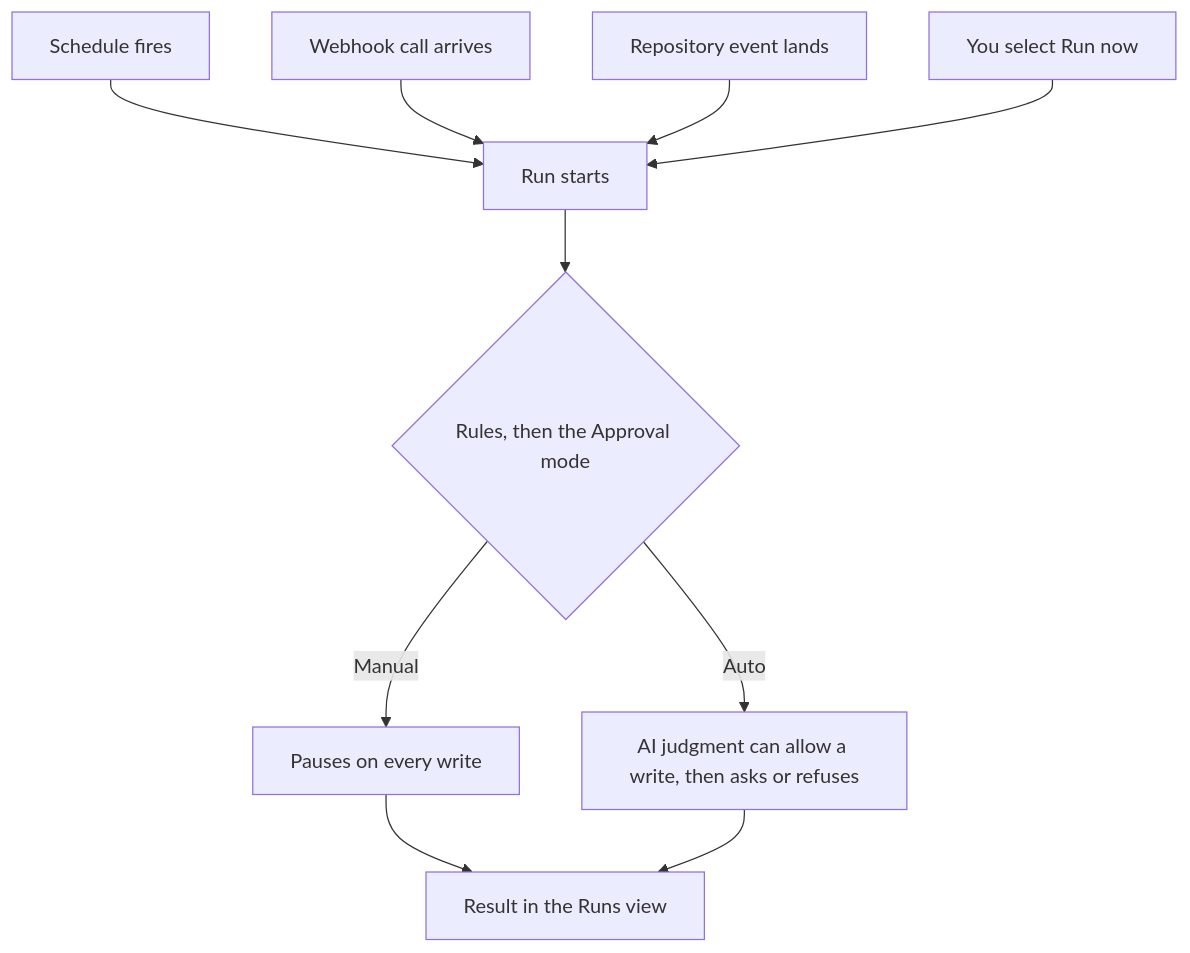
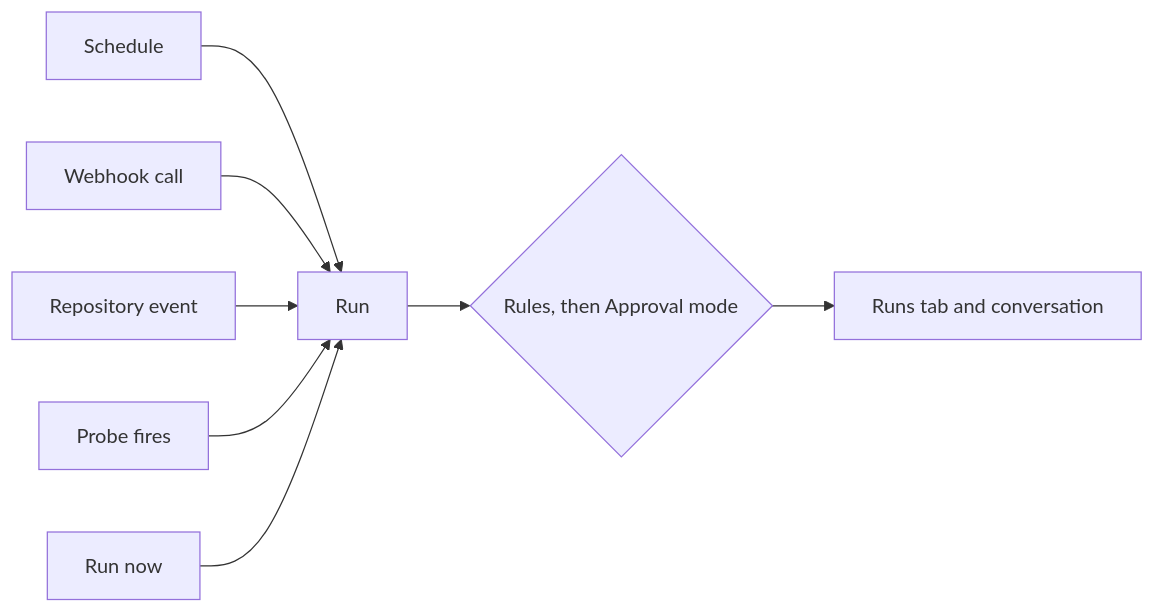
Before and after one commit to nhat-tranvan/docs: the diagram in guide/automation/automations.mdx, drawn with Mermaid. The commit also changed other lines of this file and 236 other files, not shown here.

````diff
--- a/guide/automation/automations.mdx
+++ b/guide/automation/automations.mdx
@@ -24,12 +22,10 @@
 ```mermaid
-flowchart TD
-    S[Schedule fires] --> R[Run starts]
-    W[Webhook call arrives] --> R
-    E[Repository event lands] --> R
-    M[You select Run now] --> R
-    R --> G{Rules, then the Approval mode}
-    G -->|Manual| P[Pauses on every write]
-    G -->|Auto| A[AI judgment can allow a write, then asks or refuses]
-    P --> V[Result in the Runs view]
-    A --> V
+flowchart LR
+    S[Schedule] --> R[Run]
+    W[Webhook call] --> R
+    E[Repository event] --> R
+    P[Probe fires] --> R
+    M[Run now] --> R
+    R --> G{Rules, then Approval mode}
+    G --> V[Runs tab and conversation]
 ```
````
